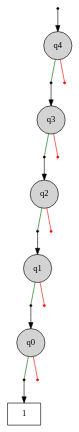
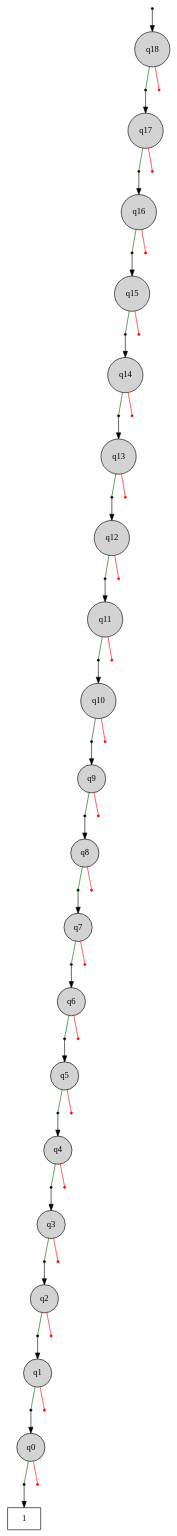
One commit to cda-tum/mqt-ddvis changed the diagram in data/1.dot. Above: the diagram before and after it, drawn with Graphviz. The commit also changed 10 other files, not shown here.

Commit message:
DDs are now handled with d3-graphviz

```diff
--- a/data/1.dot
+++ b/data/1.dot
@@ -1,44 +1,142 @@
 digraph "DD" {
 graph [center=true, ordering=out];
 node [shape=circle, center=true];
 "T" [ shape = box, label="1" ];
 "R" [label="", shape=point];
-"0" [ label="q4" ,style=filled, fillcolor=lightgray ];
+"0" [ label="q18" ,style=filled, fillcolor=lightgray ];
 "0h0"  [label="", shape=point];
 "0h2"  [label="", shape=point , fillcolor=red, color=red];
-"1" [ label="q3" ,style=filled, fillcolor=lightgray ];
+"1" [ label="q17" ,style=filled, fillcolor=lightgray ];
 "1h0"  [label="", shape=point];
 "1h2"  [label="", shape=point , fillcolor=red, color=red];
-"2" [ label="q2" ,style=filled, fillcolor=lightgray ];
+"2" [ label="q16" ,style=filled, fillcolor=lightgray ];
 "2h0"  [label="", shape=point];
 "2h2"  [label="", shape=point , fillcolor=red, color=red];
-"3" [ label="q1" ,style=filled, fillcolor=lightgray ];
+"3" [ label="q15" ,style=filled, fillcolor=lightgray ];
 "3h0"  [label="", shape=point];
 "3h2"  [label="", shape=point , fillcolor=red, color=red];
-"4" [ label="q0" ,style=filled, fillcolor=lightgray ];
-"4h0"  [label="", shape=point ];
+"4" [ label="q14" ,style=filled, fillcolor=lightgray ];
+"4h0"  [label="", shape=point];
 "4h2"  [label="", shape=point , fillcolor=red, color=red];
+"5" [ label="q13" ,style=filled, fillcolor=lightgray ];
+"5h0"  [label="", shape=point];
+"5h2"  [label="", shape=point , fillcolor=red, color=red];
+"6" [ label="q12" ,style=filled, fillcolor=lightgray ];
+"6h0"  [label="", shape=point];
+"6h2"  [label="", shape=point , fillcolor=red, color=red];
+"7" [ label="q11" ,style=filled, fillcolor=lightgray ];
+"7h0"  [label="", shape=point];
+"7h2"  [label="", shape=point , fillcolor=red, color=red];
+"8" [ label="q10" ,style=filled, fillcolor=lightgray ];
+"8h0"  [label="", shape=point];
+"8h2"  [label="", shape=point , fillcolor=red, color=red];
+"9" [ label="q9" ,style=filled, fillcolor=lightgray ];
+"9h0"  [label="", shape=point];
+"9h2"  [label="", shape=point , fillcolor=red, color=red];
+"10" [ label="q8" ,style=filled, fillcolor=lightgray ];
+"10h0"  [label="", shape=point];
+"10h2"  [label="", shape=point , fillcolor=red, color=red];
+"11" [ label="q7" ,style=filled, fillcolor=lightgray ];
+"11h0"  [label="", shape=point];
+"11h2"  [label="", shape=point , fillcolor=red, color=red];
+"12" [ label="q6" ,style=filled, fillcolor=lightgray ];
+"12h0"  [label="", shape=point];
+"12h2"  [label="", shape=point , fillcolor=red, color=red];
+"13" [ label="q5" ,style=filled, fillcolor=lightgray ];
+"13h0"  [label="", shape=point];
+"13h2"  [label="", shape=point , fillcolor=red, color=red];
+"14" [ label="q4" ,style=filled, fillcolor=lightgray ];
+"14h0"  [label="", shape=point];
+"14h2"  [label="", shape=point , fillcolor=red, color=red];
+"15" [ label="q3" ,style=filled, fillcolor=lightgray ];
+"15h0"  [label="", shape=point];
+"15h2"  [label="", shape=point , fillcolor=red, color=red];
+"16" [ label="q2" ,style=filled, fillcolor=lightgray ];
+"16h0"  [label="", shape=point];
+"16h2"  [label="", shape=point , fillcolor=red, color=red];
+"17" [ label="q1" ,style=filled, fillcolor=lightgray ];
+"17h0"  [label="", shape=point];
+"17h2"  [label="", shape=point , fillcolor=red, color=red];
+"18" [ label="q0" ,style=filled, fillcolor=lightgray ];
+"18h0"  [label="", shape=point ];
+"18h2"  [label="", shape=point , fillcolor=red, color=red];
 
 "R" -> "0"
 {rank=same; "0h0" "0h2"}
 "0" -> "0h0" [arrowhead=none,color=darkgreen];
 "0h0" -> "1";
 "0" -> "0h2" [arrowhead=none,color=red];
 {rank=same; "1h0" "1h2"}
 "1" -> "1h0" [arrowhead=none,color=darkgreen];
 "1h0" -> "2";
 "1" -> "1h2" [arrowhead=none,color=red];
 {rank=same; "2h0" "2h2"}
 "2" -> "2h0" [arrowhead=none,color=darkgreen];
 "2h0" -> "3";
 "2" -> "2h2" [arrowhead=none,color=red];
 {rank=same; "3h0" "3h2"}
 "3" -> "3h0" [arrowhead=none,color=darkgreen];
 "3h0" -> "4";
 "3" -> "3h2" [arrowhead=none,color=red];
 {rank=same; "4h0" "4h2"}
 "4" -> "4h0" [arrowhead=none,color=darkgreen];
-"4h0"-> "T";
+"4h0" -> "5";
 "4" -> "4h2" [arrowhead=none,color=red];
+{rank=same; "5h0" "5h2"}
+"5" -> "5h0" [arrowhead=none,color=darkgreen];
+"5h0" -> "6";
+"5" -> "5h2" [arrowhead=none,color=red];
+{rank=same; "6h0" "6h2"}
+"6" -> "6h0" [arrowhead=none,color=darkgreen];
+"6h0" -> "7";
+"6" -> "6h2" [arrowhead=none,color=red];
+{rank=same; "7h0" "7h2"}
+"7" -> "7h0" [arrowhead=none,color=darkgreen];
+"7h0" -> "8";
+"7" -> "7h2" [arrowhead=none,color=red];
+{rank=same; "8h0" "8h2"}
+"8" -> "8h0" [arrowhead=none,color=darkgreen];
+"8h0" -> "9";
+"8" -> "8h2" [arrowhead=none,color=red];
+{rank=same; "9h0" "9h2"}
+"9" -> "9h0" [arrowhead=none,color=darkgreen];
+"9h0" -> "10";
+"9" -> "9h2" [arrowhead=none,color=red];
+{rank=same; "10h0" "10h2"}
+"10" -> "10h0" [arrowhead=none,color=darkgreen];
+"10h0" -> "11";
+"10" -> "10h2" [arrowhead=none,color=red];
+{rank=same; "11h0" "11h2"}
+"11" -> "11h0" [arrowhead=none,color=darkgreen];
+"11h0" -> "12";
+"11" -> "11h2" [arrowhead=none,color=red];
+{rank=same; "12h0" "12h2"}
+"12" -> "12h0" [arrowhead=none,color=darkgreen];
+"12h0" -> "13";
+"12" -> "12h2" [arrowhead=none,color=red];
+{rank=same; "13h0" "13h2"}
+"13" -> "13h0" [arrowhead=none,color=darkgreen];
+"13h0" -> "14";
+"13" -> "13h2" [arrowhead=none,color=red];
+{rank=same; "14h0" "14h2"}
+"14" -> "14h0" [arrowhead=none,color=darkgreen];
+"14h0" -> "15";
+"14" -> "14h2" [arrowhead=none,color=red];
+{rank=same; "15h0" "15h2"}
+"15" -> "15h0" [arrowhead=none,color=darkgreen];
+"15h0" -> "16";
+"15" -> "15h2" [arrowhead=none,color=red];
+{rank=same; "16h0" "16h2"}
+"16" -> "16h0" [arrowhead=none,color=darkgreen];
+"16h0" -> "17";
+"16" -> "16h2" [arrowhead=none,color=red];
+{rank=same; "17h0" "17h2"}
+"17" -> "17h0" [arrowhead=none,color=darkgreen];
+"17h0" -> "18";
+"17" -> "17h2" [arrowhead=none,color=red];
+{rank=same; "18h0" "18h2"}
+"18" -> "18h0" [arrowhead=none,color=darkgreen];
+"18h0"-> "T";
+"18" -> "18h2" [arrowhead=none,color=red];
 
 }
```
